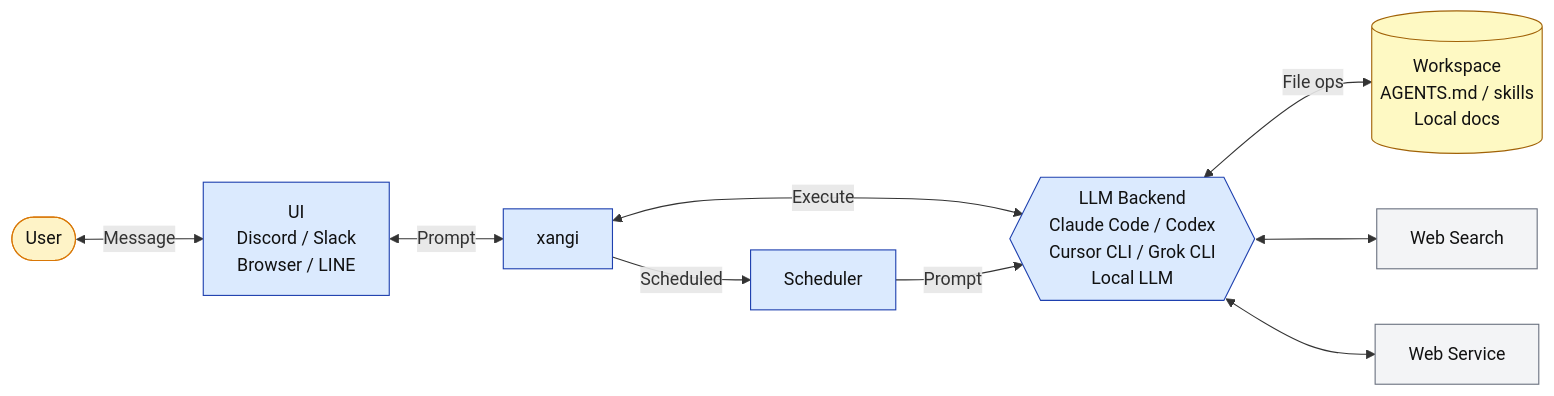
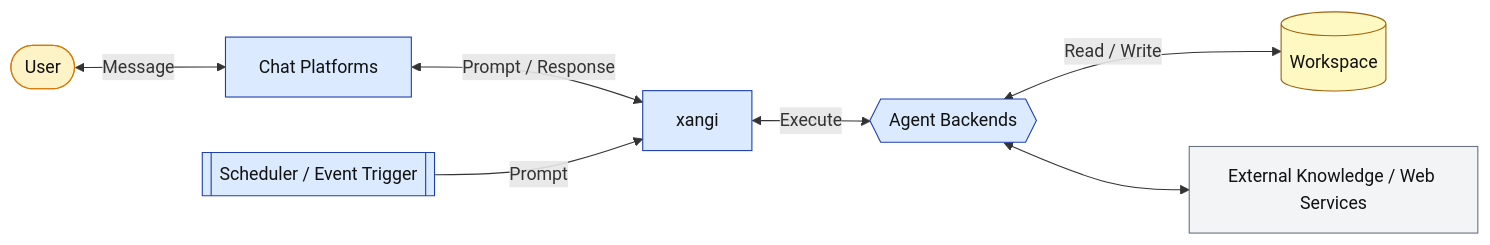
The diagram in README.en.md (karaage0703/xangi), drawn with Mermaid before and after one commit. The commit also changed other lines of this file and 11 other files, not shown here.

````diff
--- a/README.en.md
+++ b/README.en.md
@@ -20,20 +20,18 @@
 ```mermaid
 flowchart LR
-    User([User]) <-->|Message| chat[UI<br/>Discord / Slack<br/>Browser / LINE]
-    chat <-->|Prompt| xangi[xangi]
-    xangi <-->|Execute| LLM{{LLM Backend<br/>Claude Code / Codex<br/>Cursor CLI / Grok CLI<br/>Local LLM}}
-    LLM <-->|File ops| WS[(Workspace<br/>AGENTS.md / skills<br/>Local docs)]
-    LLM <--> Web[Web Search]
-    LLM <--> Service[Web Service]
-    xangi -->|Scheduled| Scheduler
-    Scheduler -->|Prompt| LLM
+    User([User]) <-->|Message| Platform[Chat Platforms]
+    Platform <-->|Prompt / Response| xangi[xangi]
+    xangi <-->|Execute| Backend{{Agent Backends}}
+    Backend <-->|Read / Write| WS[(Workspace)]
+    Backend <--> External[External Knowledge / Web Services]
+    Scheduler[[Scheduler / Event Trigger]] -->|Prompt| xangi
 
     classDef user fill:#fef3c7,stroke:#d97706,color:#111;
     classDef core fill:#dbeafe,stroke:#1e40af,color:#111;
     classDef ws fill:#fef9c3,stroke:#a16207,color:#111;
     classDef ext fill:#f3f4f6,stroke:#6b7280,color:#111;
     class User user;
-    class chat,xangi,LLM,Scheduler core;
+    class Platform,xangi,Backend,Scheduler core;
     class WS ws;
-    class Web,Service ext;
+    class External ext;
 ```
````
